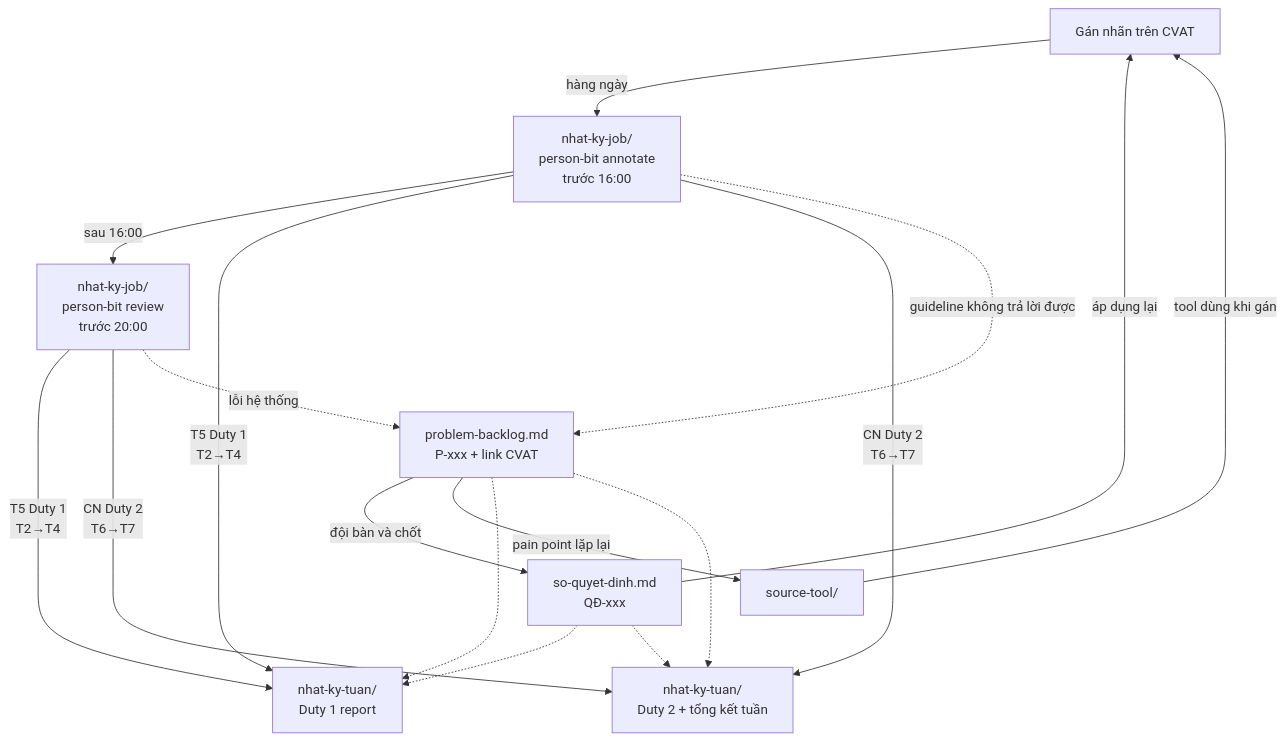
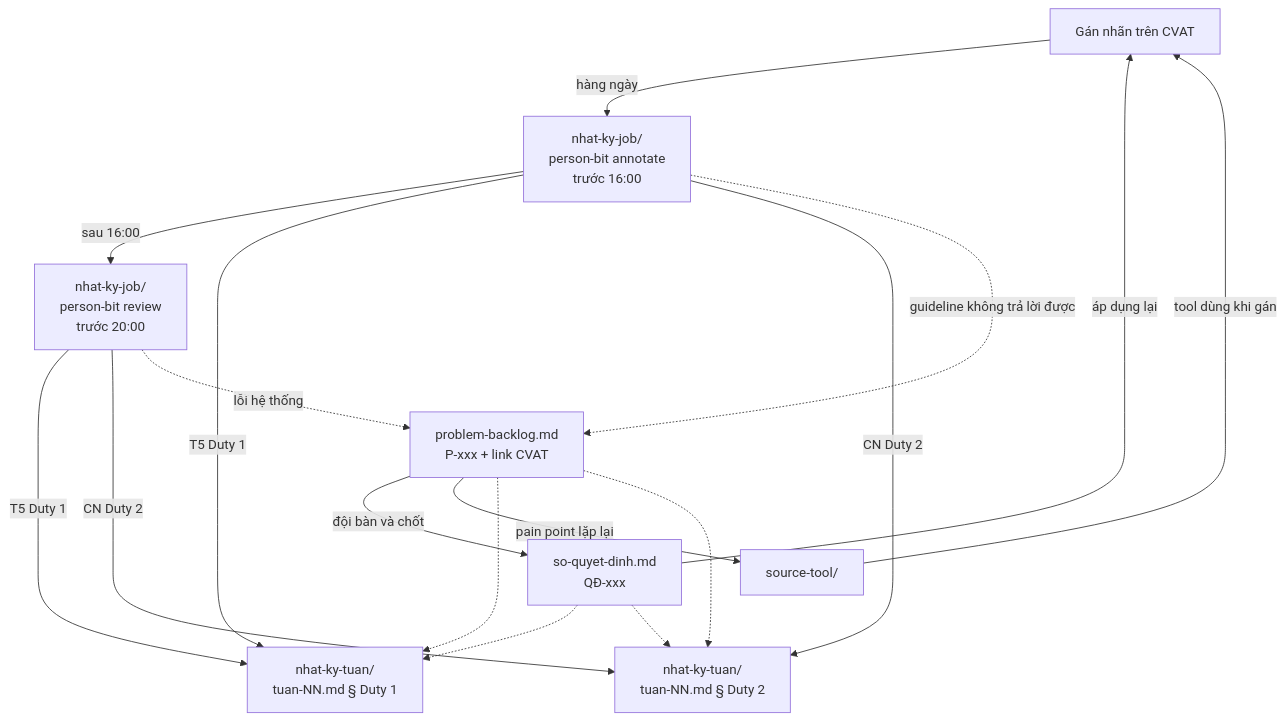
The diagram in README.md (hahahuy/week1-2D), drawn with Mermaid before and after one commit. The commit also changed other lines of this file and 6 other files, not shown here.

````diff
--- a/README.md
+++ b/README.md
@@ -23,15 +22,15 @@
 ```mermaid
 flowchart TB
     A[Gán nhãn trên CVAT] -->|hàng ngày| P1[nhat-ky-job/<br/>person-bit annotate<br/>trước 16:00]
     P1 -->|sau 16:00| P2[nhat-ky-job/<br/>person-bit review<br/>trước 20:00]
-    P1 & P2 -->|T5 Duty 1<br/>T2→T4| D1[nhat-ky-tuan/<br/>Duty 1 report]
-    P1 & P2 -->|CN Duty 2<br/>T6→T7| D2[nhat-ky-tuan/<br/>Duty 2 + tổng kết tuần]
+    P1 & P2 -->|T5 Duty 1| D1[nhat-ky-tuan/<br/>tuan-NN.md § Duty 1]
+    P1 & P2 -->|CN Duty 2| D2[nhat-ky-tuan/<br/>tuan-NN.md § Duty 2]
     P1 -.->|guideline không trả lời được| B[problem-backlog.md<br/>P-xxx + link CVAT]
     P2 -.->|lỗi hệ thống| B
     B -->|đội bàn và chốt| C[so-quyet-dinh.md<br/>QĐ-xxx]
     C -->|áp dụng lại| A
     B -->|pain point lặp lại| D[source-tool/]
     D -->|tool dùng khi gán| A
     B -.-> D1 & D2
     C -.-> D1 & D2
 ```
````
